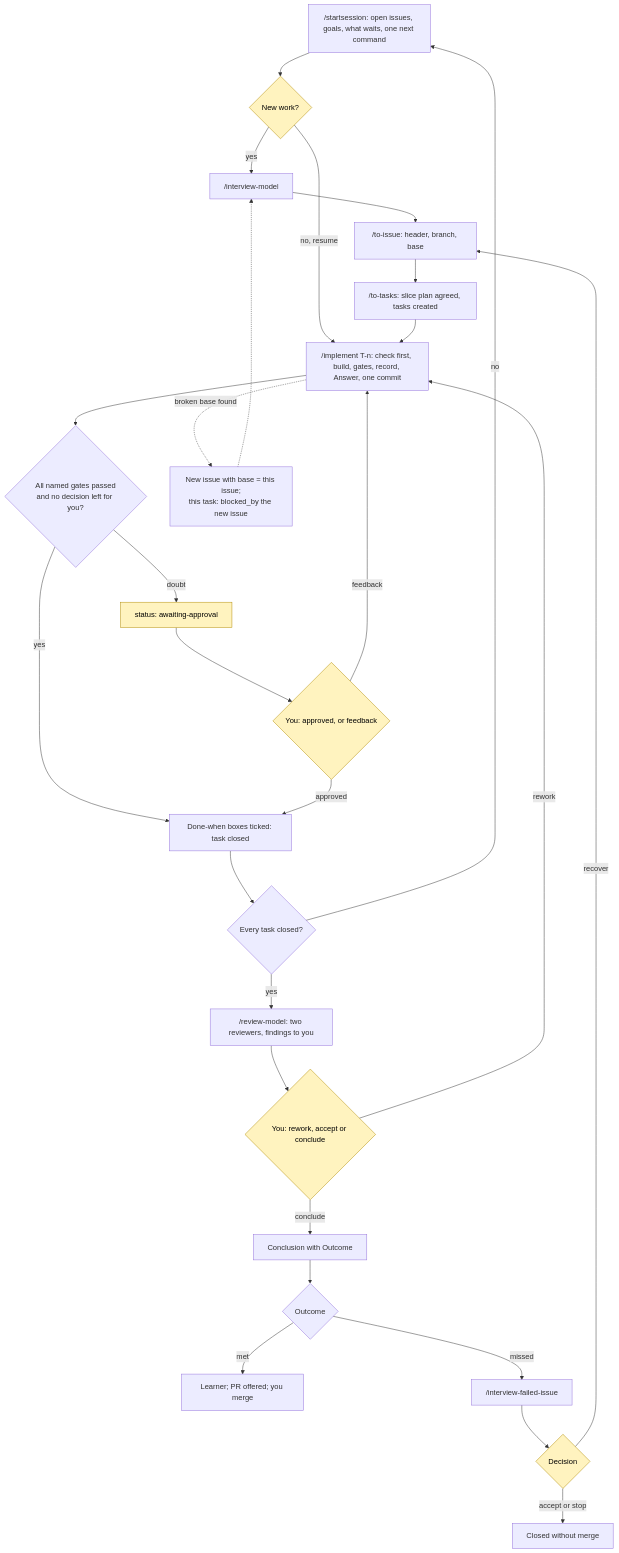
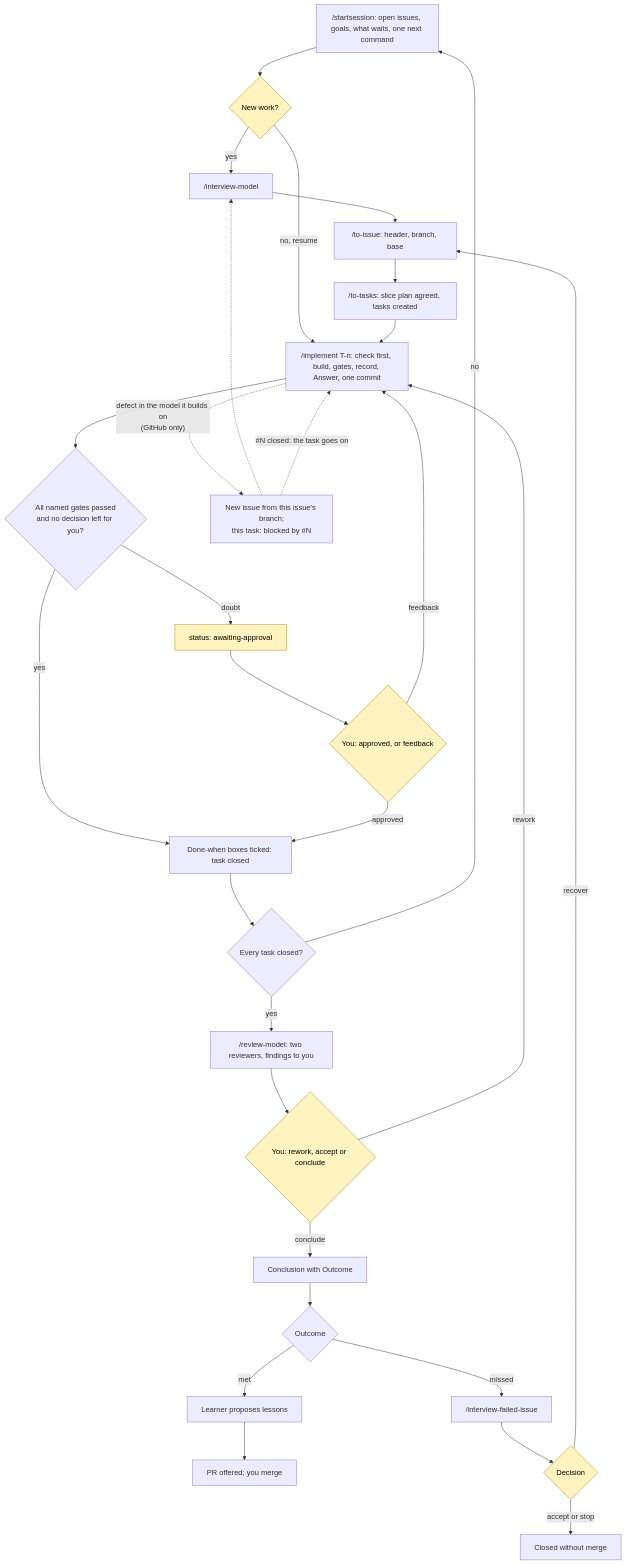
The diagram in README.md (faveric/faveric-modelica-skills), drawn with Mermaid before and after one commit. The commit also changed other lines of this file and 19 other files, not shown here.

````diff
--- a/README.md
+++ b/README.md
@@ -19,31 +19,33 @@
 ```mermaid
 flowchart TD
     SS["/startsession: open issues, goals, what waits, one next command"] --> N{"New work?"}
     N -- yes --> I["/interview-model"]
     I --> TI["/to-issue: header, branch, base"]
     TI --> TT["/to-tasks: slice plan agreed, tasks created"]
     N -- "no, resume" --> IMP
     TT --> IMP["/implement T-n: check first, build, gates, record, Answer, one commit"]
     IMP --> CL{"All named gates passed<br/>and no decision left for you?"}
     CL -- yes --> DONE["Done-when boxes ticked: task closed"]
     CL -- doubt --> AW["status: awaiting-approval"]
     AW --> PA{"You: approved, or feedback"}
     PA -- approved --> DONE
     PA -- feedback --> IMP
-    IMP -. "broken base found" .-> NI["New issue with base = this issue;<br/>this task: blocked_by the new issue"]
+    IMP -. "defect in the model it builds on<br/>(GitHub only)" .-> NI["New issue from this issue's branch;<br/>this task: blocked by #N"]
     NI -.-> I
+    NI -. "#N closed: the task goes on" .-> IMP
     DONE --> ALL{"Every task closed?"}
     ALL -- no --> SS
     ALL -- yes --> REV["/review-model: two reviewers, findings to you"]
     REV --> RW{"You: rework, accept or conclude"}
     RW -- rework --> IMP
     RW -- conclude --> CON["Conclusion with Outcome"]
     CON --> OUT{"Outcome"}
-    OUT -- met --> PR["Learner; PR offered; you merge"]
+    OUT -- met --> LRN["Learner proposes lessons"]
+    LRN --> PR["PR offered; you merge"]
     OUT -- missed --> FI["/interview-failed-issue"]
     FI --> DEC{"Decision"}
     DEC -- recover --> TI
     DEC -- "accept or stop" --> CLOSED["Closed without merge"]
     classDef person fill:#fff3bf,stroke:#b08900,color:#000;
     class N,AW,PA,RW,DEC person;
 ```
````
